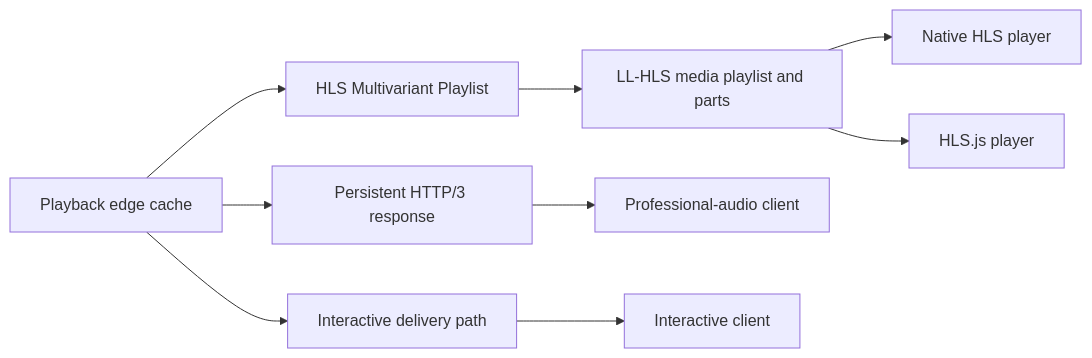
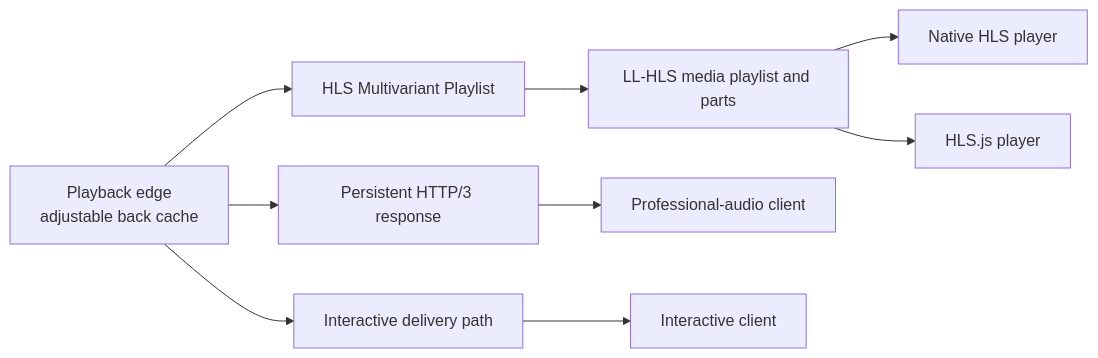
Before and after one commit to wavey-ai/needletail: the sixth of 7 diagrams in README.md, drawn with Mermaid. The commit also changed other lines of this file, not shown here.

````diff
--- a/README.md
+++ b/README.md
@@ -259,21 +280,21 @@
 ```mermaid
 flowchart LR
-    EDGE["Playback edge cache"]
+    EDGE["Playback edge<br/>adjustable back cache"]
     MASTER["HLS Multivariant Playlist"]
     MEDIA["LL-HLS media playlist and parts"]
     NATIVE["Native HLS player"]
     HLSJS["HLS.js player"]
     H3["Persistent HTTP/3 response"]
     AUDIO["Professional-audio client"]
     INTERACTIVE["Interactive delivery path"]
     CLIENT["Interactive client"]
 
     EDGE --> MASTER
     MASTER --> MEDIA
     MEDIA --> NATIVE
     MEDIA --> HLSJS
     EDGE --> H3
     H3 --> AUDIO
     EDGE --> INTERACTIVE
     INTERACTIVE --> CLIENT
 ```
````
